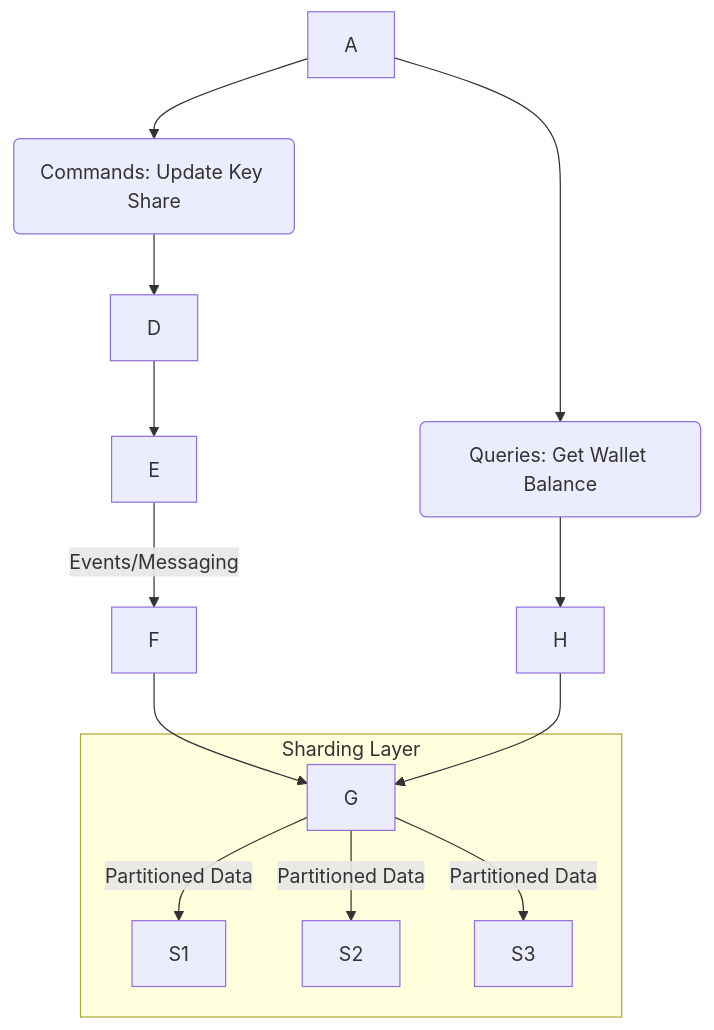
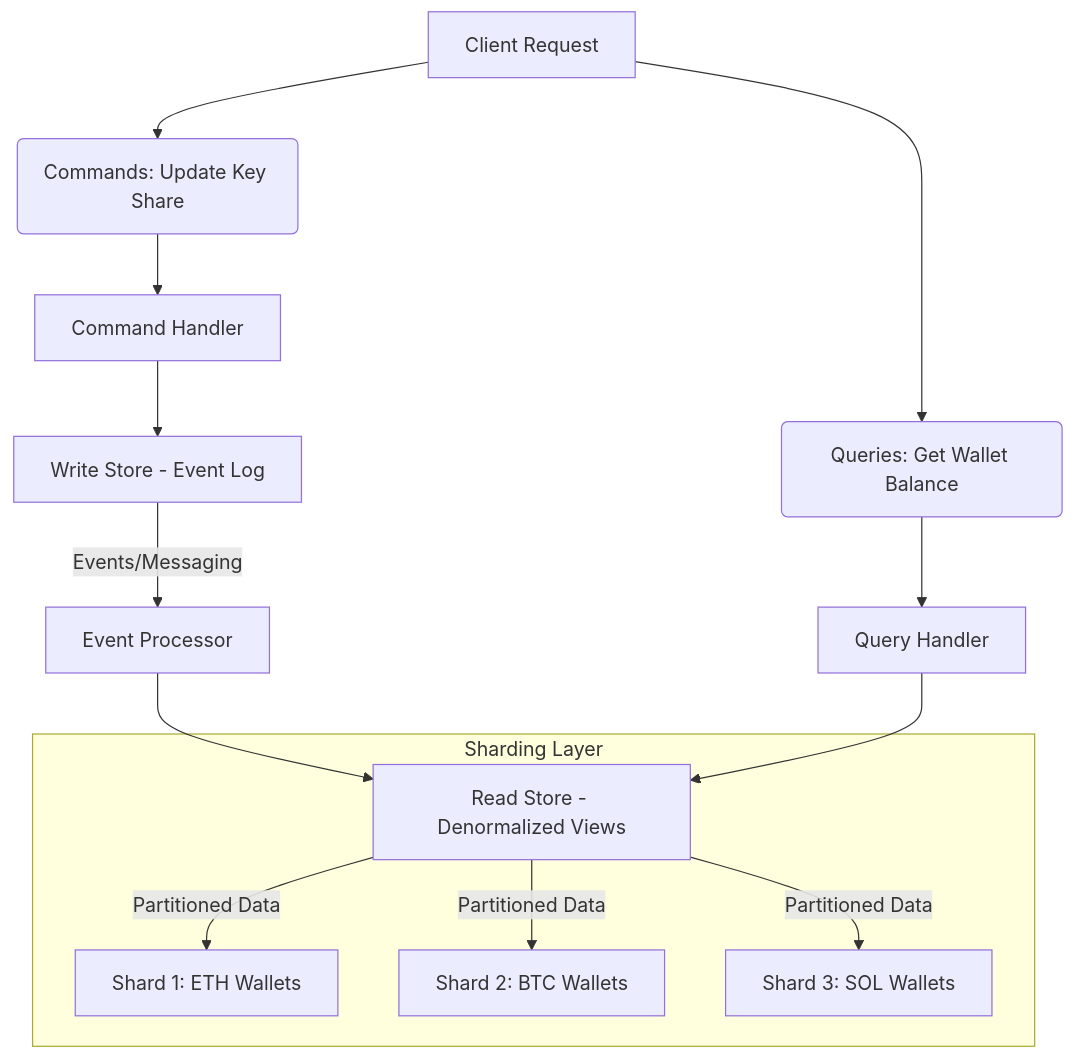
The fourth of 5 diagrams in Workplace/Interview/Blockchain/Posts/MPCWalletEngineer/Architecture/LinerSDR.md (ljg-cqu/knowledge), drawn with Mermaid before and after one commit. The commit also changed other lines of this file and 12 other files, not shown here.

First line of the commit message:
Refactor MPC Wallet Architecture Documentation

````diff
--- a/Workplace/Interview/Blockchain/Posts/MPCWalletEngineer/Architecture/LinerSDR.md
+++ b/Workplace/Interview/Blockchain/Posts/MPCWalletEngineer/Architecture/LinerSDR.md
@@ -397,19 +504,36 @@
 ```mermaid
+
 graph TD
-    A --> B(Commands: Update Key Share)
+    A[Client Request] --> B(Commands: Update Key Share)
     A --> C(Queries: Get Wallet Balance)
 
-    B --> D
-    D --> E
-    E -- Events/Messaging --> F
-    F --> G
+    B --> D[Command Handler]
+    D --> E[Write Store - Event Log]
+    E -- Events/Messaging --> F[Event Processor]
+    F --> G[Read Store - Denormalized Views]
 
-    C --> H
+    C --> H[Query Handler]
     H --> G
 
     subgraph Sharding Layer
-        G -- Partitioned Data --> S1
-        G -- Partitioned Data --> S2
-        G -- Partitioned Data --> S3
+        G -- Partitioned Data --> S1[Shard 1: ETH Wallets]
+        G -- Partitioned Data --> S2[Shard 2: BTC Wallets]
+        G -- Partitioned Data --> S3[Shard 3: SOL Wallets]
     end
+
+
+
+
+
+
+
+
+
+
+
+
+
+
+
+
 ```
````
